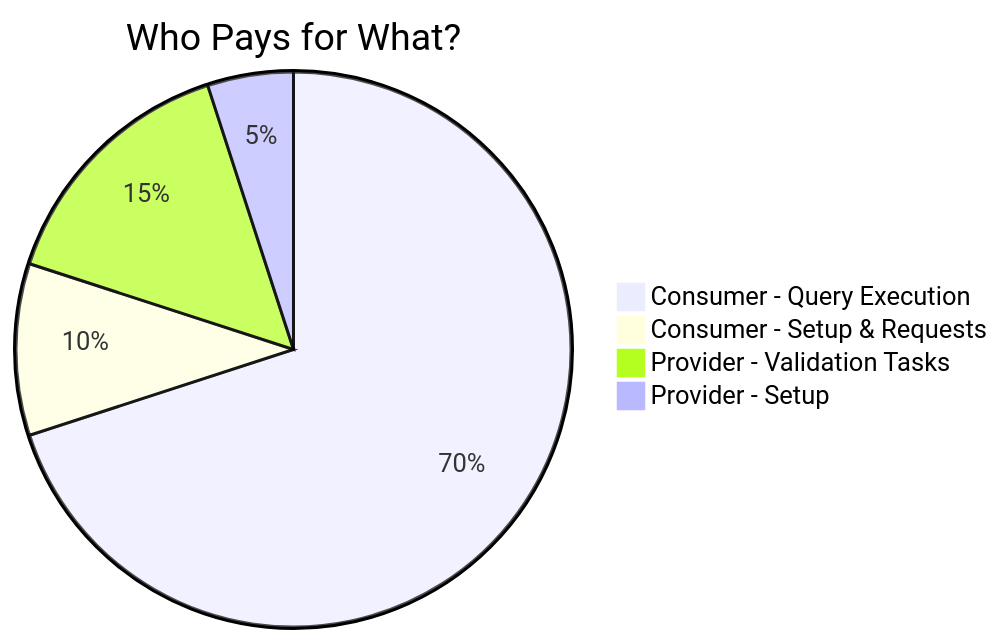
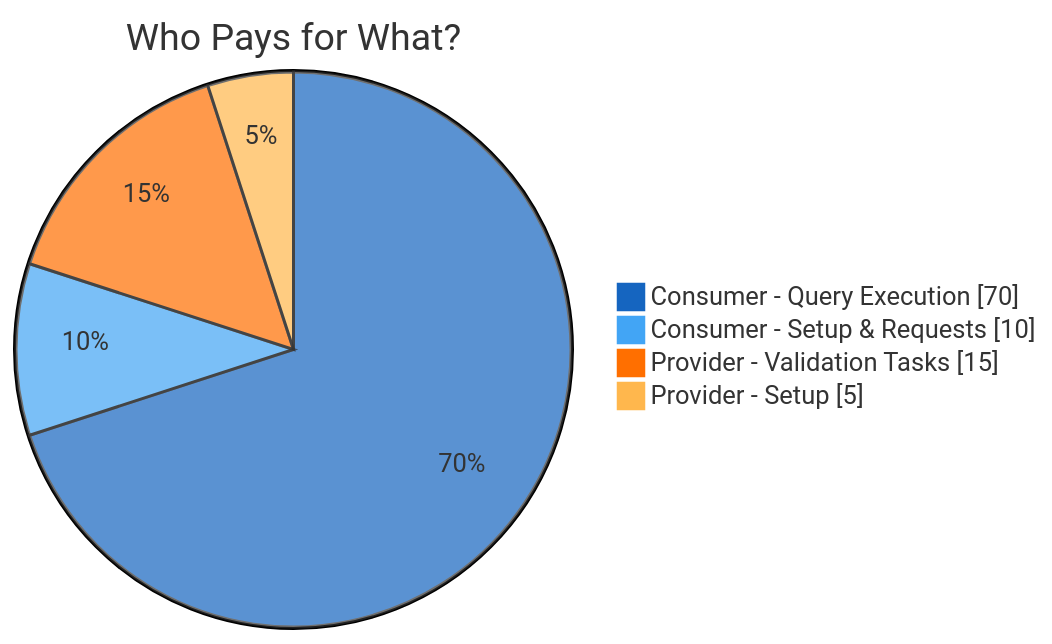
Before and after one commit to sfc-gh-vshiv/sfquickstart-data-clean-room: the third of 5 diagrams in DCR_Flow_and_Cost_Guide.md, drawn with Mermaid.

Commit message:
Enhance DCR Flow and Cost Guide with updated pie chart configuration for visual cost distribution

````diff
--- a/DCR_Flow_and_Cost_Guide.md
+++ b/DCR_Flow_and_Cost_Guide.md
@@ -142,7 +142,9 @@
 ```mermaid
-pie title Who Pays for What?
+%%{init: {'theme': 'base', 'themeVariables': { 'pie1': '#1565C0', 'pie2': '#42A5F5', 'pie3': '#FF6F00', 'pie4': '#FFB74D', 'pieStrokeColor': '#333', 'pieStrokeWidth': '2px'}}}%%
+pie showData
+    title Who Pays for What?
     "Consumer - Query Execution" : 70
     "Consumer - Setup & Requests" : 10
     "Provider - Validation Tasks" : 15
     "Provider - Setup" : 5
 ```
````
